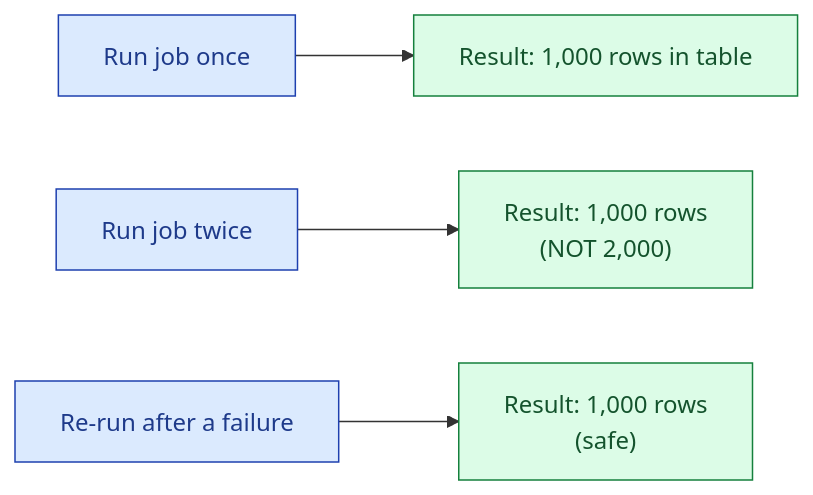
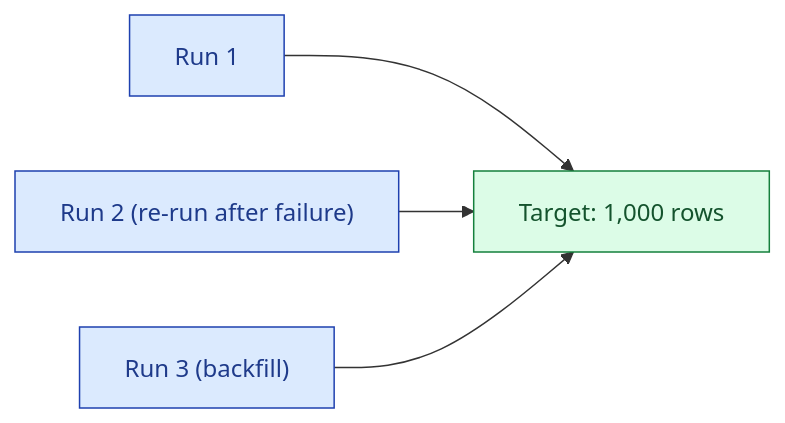
Before and after one commit to shiningflash/shiningflash.github.io: the first of 3 diagrams in _de_concepts/025-idempotent-batch.md, drawn with Mermaid. The commit also changed other lines of this file and 69 other files, not shown here.

````diff
--- a/_de_concepts/025-idempotent-batch.md
+++ b/_de_concepts/025-idempotent-batch.md
@@ -12,9 +22,9 @@
 ```mermaid
 flowchart LR
-    A["Run job once"]:::a --> R1["Result: 1,000 rows in table"]:::g
-    B["Run job twice"]:::a --> R2["Result: 1,000 rows<br/>(NOT 2,000)"]:::g
-    C["Re-run after a failure"]:::a --> R3["Result: 1,000 rows<br/>(safe)"]:::g
+    R1["Run 1"]:::a --> S1["Target: 1,000 rows"]:::g
+    R2["Run 2 (re-run after failure)"]:::a --> S1
+    R3["Run 3 (backfill)"]:::a --> S1
 
     classDef a fill:#dbeafe,stroke:#1e40af,color:#1e3a8a
     classDef g fill:#dcfce7,stroke:#15803d,color:#14532d
 ```
````
